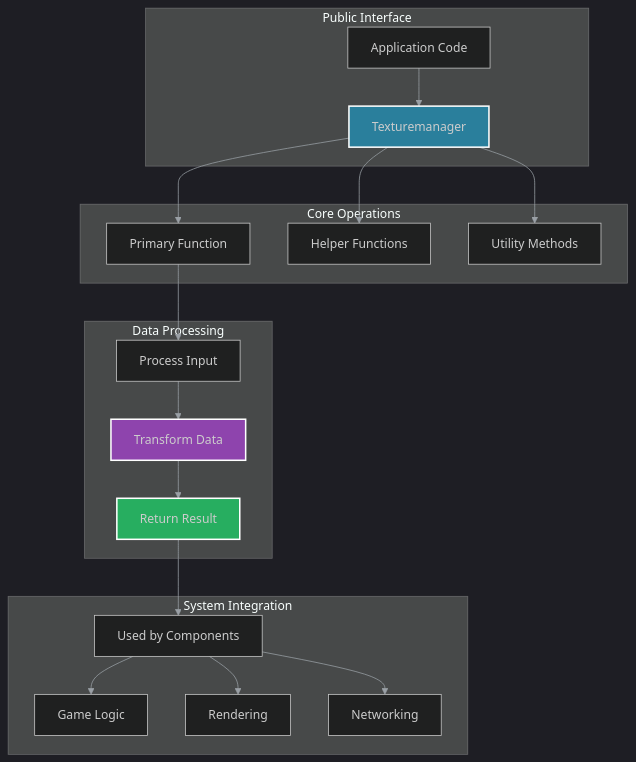
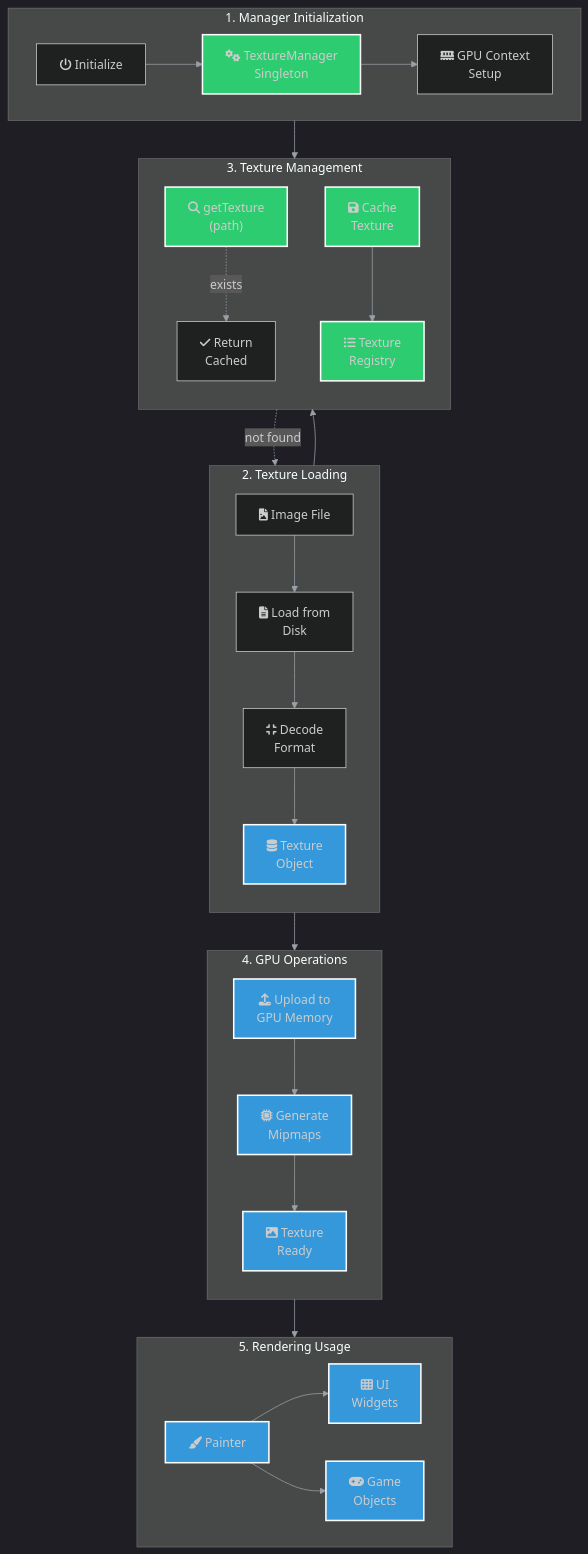
One commit to lukaszj321/otcv8-dev changed the diagram in docs/authoring/01_core/api/cpp/framework/diagrams/texturemanager.mmd. Above: the diagram before and after it, drawn with Mermaid. The commit also changed 5 other files, not shown here.

First line of the commit message:
docs(diagrams): redesign 6 more diagrams with architectural layer system

```diff
--- a/docs/authoring/01_core/api/cpp/framework/diagrams/texturemanager.mmd
+++ b/docs/authoring/01_core/api/cpp/framework/diagrams/texturemanager.mmd
@@ -1,28 +1,45 @@
 %%{init: {'theme':'dark','themeVariables': {'primaryTextColor':'#ddd','lineColor':'#9aa0a6'},'securityLevel':'loose'}}%%
 graph TD
-    subgraph Interface["Public Interface"]
-        A[Application Code] --> B[Texturemanager]
+    subgraph Initialization["1. Manager Initialization"]
+        direction LR
+        A["fa:fa-power-off Initialize"] --> B["fa:fa-cogs TextureManager<br/>Singleton"]
+        B --> C["fa:fa-memory GPU Context<br/>Setup"]
     end
 
-    subgraph Operations["Core Operations"]
-        B --> C[Primary Function]
-        B --> D[Helper Functions]
-        B --> E[Utility Methods]
+    subgraph Loading["2. Texture Loading"]
+        direction TB
+        D["fa:fa-file-image Image File"] --> E["fa:fa-file-alt Load from<br/>Disk"]
+        E --> F["fa:fa-compress Decode<br/>Format"]
+        F --> G["fa:fa-database Texture<br/>Object"]
     end
 
-    subgraph Processing["Data Processing"]
-        C --> F[Process Input]
-        F --> G[Transform Data]
-        G --> H[Return Result]
+    subgraph Management["3. Texture Management"]
+        direction TB
+        B --> H["fa:fa-search getTexture<br/>(path)"]
+        H -.exists.-> I["fa:fa-check Return<br/>Cached"]
+        H -.not found.-> E
+        G --> J["fa:fa-save Cache<br/>Texture"]
+        J --> K["fa:fa-list-ul Texture<br/>Registry"]
     end
 
-    subgraph Integration["System Integration"]
-        H --> I[Used by Components]
-        I --> J[Game Logic]
-        I --> K[Rendering]
-        I --> L[Networking]
+    subgraph GPU["4. GPU Operations"]
+        direction TB
+        G --> L["fa:fa-upload Upload to<br/>GPU Memory"]
+        L --> M["fa:fa-microchip Generate<br/>Mipmaps"]
+        M --> N["fa:fa-image Texture<br/>Ready"]
     end
 
-    style B fill:#2a7f9c,stroke:#fff,stroke-width:2px
-    style G fill:#8e44ad,stroke:#fff,stroke-width:2px
-    style H fill:#27ae60,stroke:#fff,stroke-width:2px
+    subgraph Usage["5. Rendering Usage"]
+        direction LR
+        N --> O["fa:fa-paint-brush Painter"]
+        O --> P["fa:fa-th UI<br/>Widgets"]
+        O --> Q["fa:fa-gamepad Game<br/>Objects"]
+    end
+
+    %% Architectural Layer Colors
+    classDef subsystem fill:#2ecc71,stroke:#fff,stroke-width:2px
+    classDef core fill:#3498db,stroke:#fff,stroke-width:2px
+    
+    %% Apply styles
+    class B,H,J,K subsystem
+    class G,L,M,N,O,P,Q core
```
